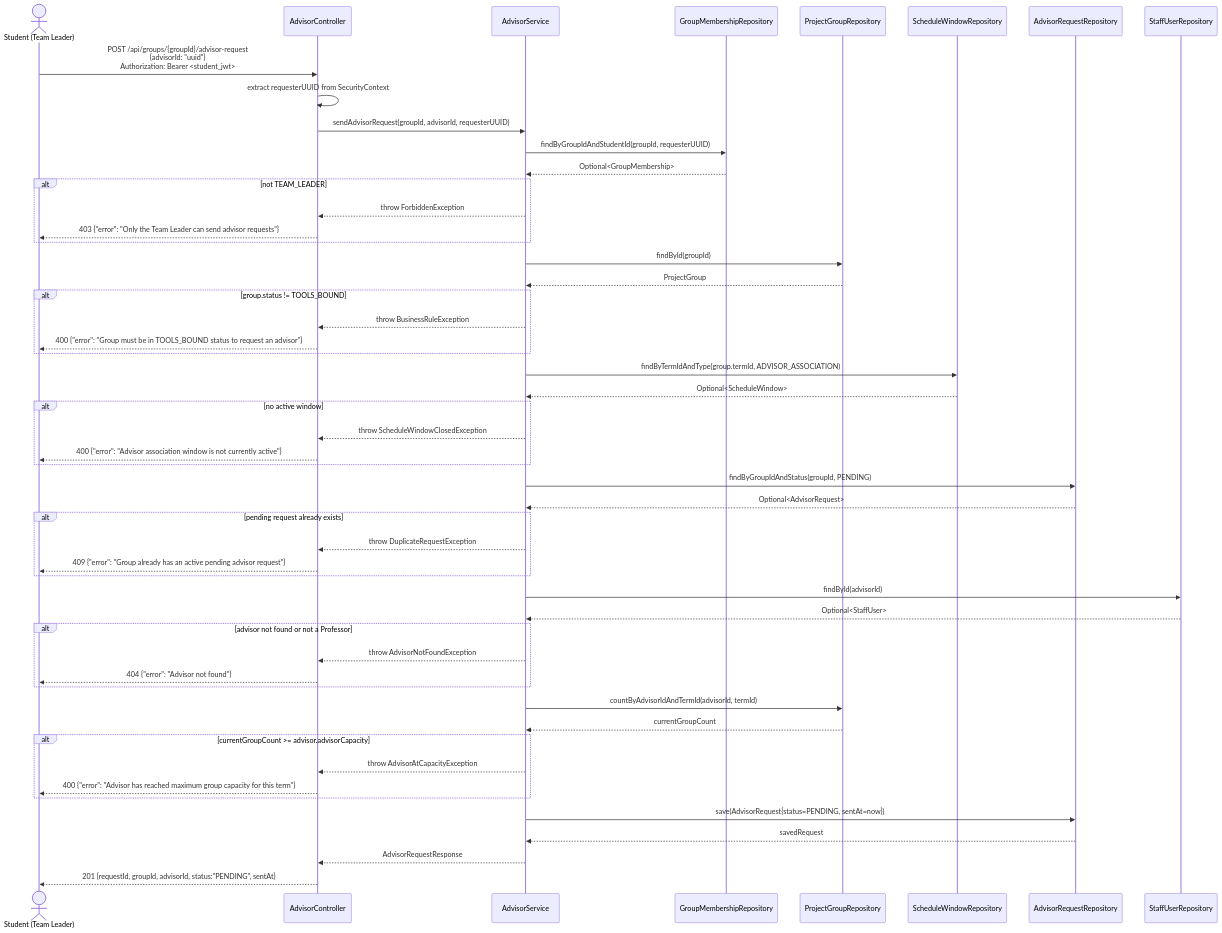
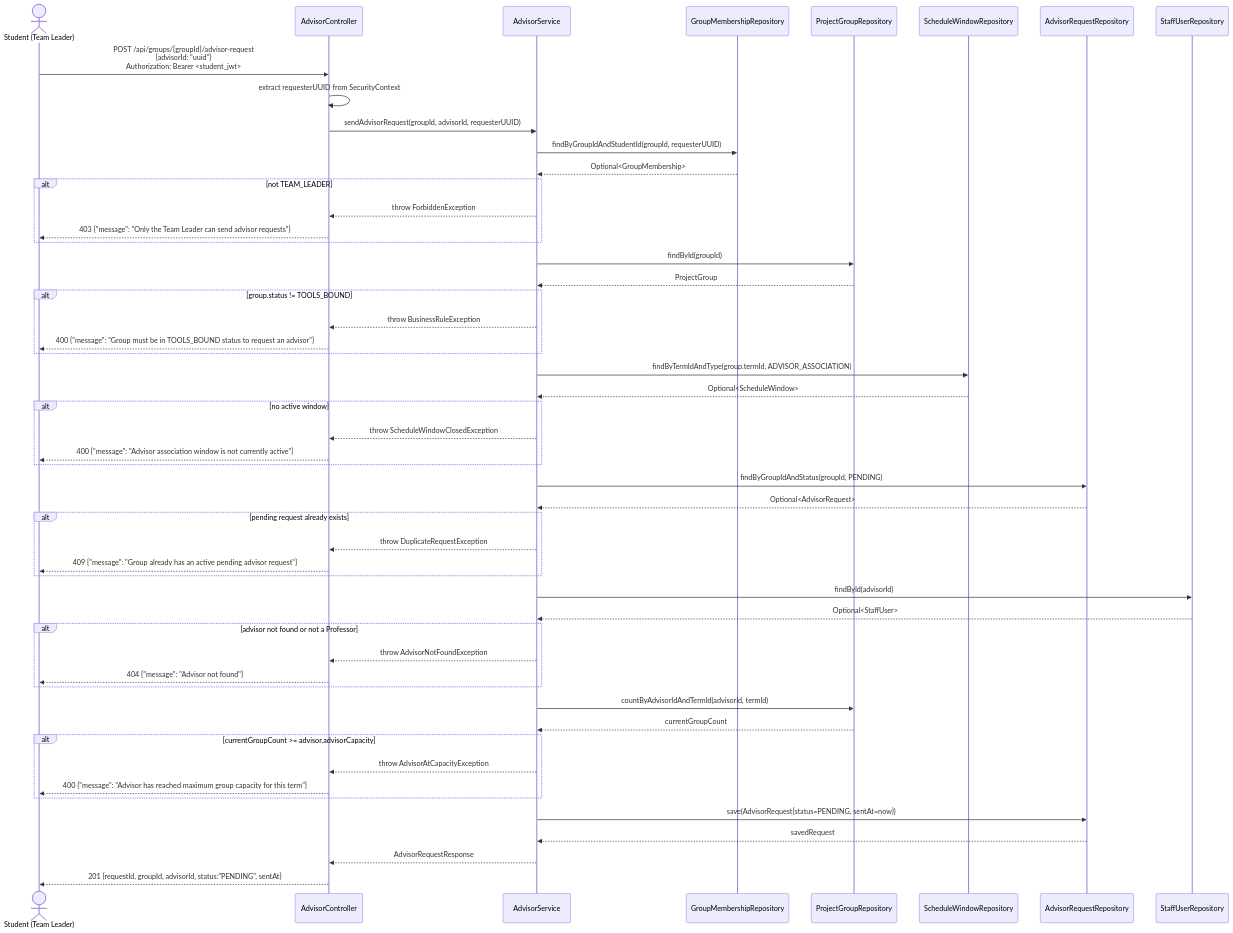
One commit to SE3318-Spring-2025-2026/senior-app-6 changed the second of 4 diagrams in docs/process3/sequences/3.1_advisor_request_p3.md. Above: the diagram before and after it, drawn with Mermaid. The commit also changed other lines of this file and 27 other files, not shown here.

````diff
--- a/docs/process3/sequences/3.1_advisor_request_p3.md
+++ b/docs/process3/sequences/3.1_advisor_request_p3.md
@@ -45,70 +45,70 @@
 ```mermaid
 sequenceDiagram
     actor Student as Student (Team Leader)
     participant AdvisorController
     participant AdvisorService
     participant GroupMembershipRepository
     participant ProjectGroupRepository
     participant ScheduleWindowRepository
     participant AdvisorRequestRepository
     participant StaffUserRepository
 
     Student->>AdvisorController: POST /api/groups/{groupId}/advisor-request<br/>{advisorId: "uuid"}<br/>Authorization: Bearer <student_jwt>
 
     AdvisorController->>AdvisorController: extract requesterUUID from SecurityContext
     AdvisorController->>AdvisorService: sendAdvisorRequest(groupId, advisorId, requesterUUID)
 
     AdvisorService->>GroupMembershipRepository: findByGroupIdAndStudentId(groupId, requesterUUID)
     GroupMembershipRepository-->>AdvisorService: Optional<GroupMembership>
 
     alt not TEAM_LEADER
         AdvisorService-->>AdvisorController: throw ForbiddenException
-        AdvisorController-->>Student: 403 {"error": "Only the Team Leader can send advisor requests"}
+        AdvisorController-->>Student: 403 {"message": "Only the Team Leader can send advisor requests"}
     end
 
     AdvisorService->>ProjectGroupRepository: findById(groupId)
     ProjectGroupRepository-->>AdvisorService: ProjectGroup
 
     alt group.status != TOOLS_BOUND
         AdvisorService-->>AdvisorController: throw BusinessRuleException
-        AdvisorController-->>Student: 400 {"error": "Group must be in TOOLS_BOUND status to request an advisor"}
+        AdvisorController-->>Student: 400 {"message": "Group must be in TOOLS_BOUND status to request an advisor"}
     end
 
     AdvisorService->>ScheduleWindowRepository: findByTermIdAndType(group.termId, ADVISOR_ASSOCIATION)
     ScheduleWindowRepository-->>AdvisorService: Optional<ScheduleWindow>
 
     alt no active window
         AdvisorService-->>AdvisorController: throw ScheduleWindowClosedException
-        AdvisorController-->>Student: 400 {"error": "Advisor association window is not currently active"}
+        AdvisorController-->>Student: 400 {"message": "Advisor association window is not currently active"}
     end
 
     AdvisorService->>AdvisorRequestRepository: findByGroupIdAndStatus(groupId, PENDING)
     AdvisorRequestRepository-->>AdvisorService: Optional<AdvisorRequest>
 
     alt pending request already exists
         AdvisorService-->>AdvisorController: throw DuplicateRequestException
-        AdvisorController-->>Student: 409 {"error": "Group already has an active pending advisor request"}
+        AdvisorController-->>Student: 409 {"message": "Group already has an active pending advisor request"}
     end
 
     AdvisorService->>StaffUserRepository: findById(advisorId)
     StaffUserRepository-->>AdvisorService: Optional<StaffUser>
 
     alt advisor not found or not a Professor
         AdvisorService-->>AdvisorController: throw AdvisorNotFoundException
-        AdvisorController-->>Student: 404 {"error": "Advisor not found"}
+        AdvisorController-->>Student: 404 {"message": "Advisor not found"}
     end
 
     AdvisorService->>ProjectGroupRepository: countByAdvisorIdAndTermId(advisorId, termId)
     ProjectGroupRepository-->>AdvisorService: currentGroupCount
 
     alt currentGroupCount >= advisor.advisorCapacity
         AdvisorService-->>AdvisorController: throw AdvisorAtCapacityException
-        AdvisorController-->>Student: 400 {"error": "Advisor has reached maximum group capacity for this term"}
+        AdvisorController-->>Student: 400 {"message": "Advisor has reached maximum group capacity for this term"}
     end
 
     AdvisorService->>AdvisorRequestRepository: save(AdvisorRequest{status=PENDING, sentAt=now})
     AdvisorRequestRepository-->>AdvisorService: savedRequest
 
     AdvisorService-->>AdvisorController: AdvisorRequestResponse
     AdvisorController-->>Student: 201 {requestId, groupId, advisorId, status:"PENDING", sentAt}
 ```
````
